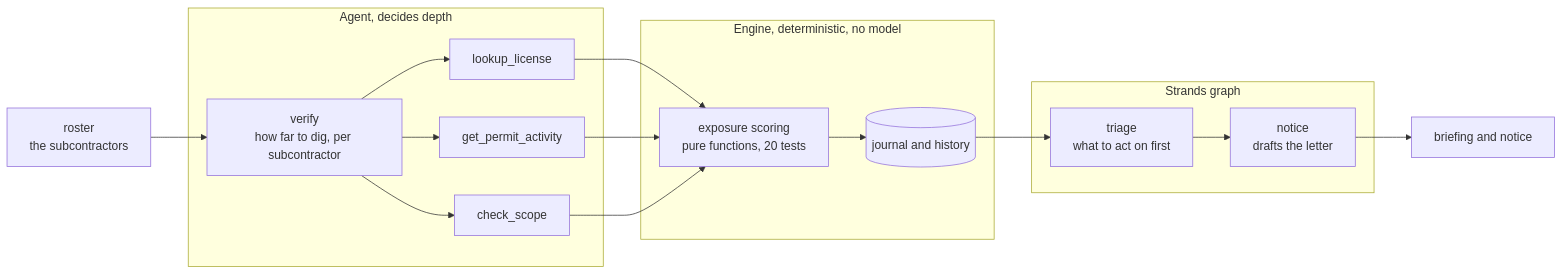
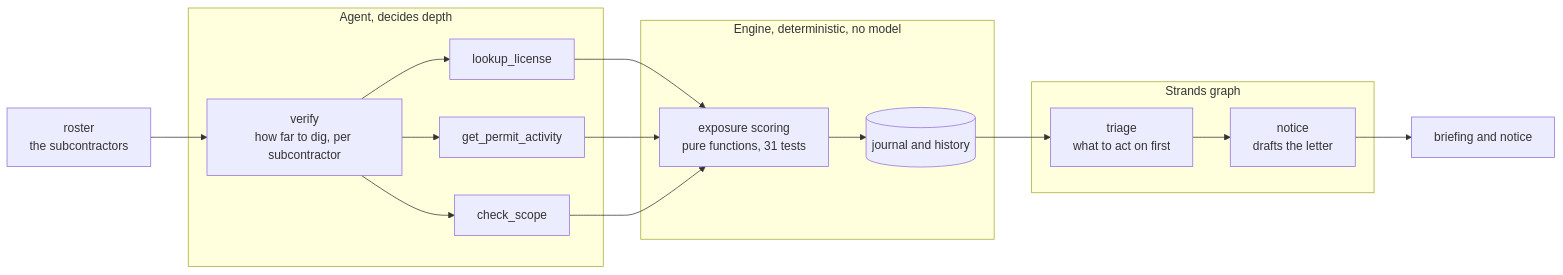
Before and after one commit to tomcode1000/Proto: the diagram in README.md, drawn with Mermaid. The commit also changed 1 other file, not shown here.

Commit message:
Correct the test count on the deck and in the README
Both said seventeen. The page tests took it to thirty one.

````diff
--- a/README.md
+++ b/README.md
@@ -56,28 +56,28 @@
 ```mermaid
 flowchart LR
     R[roster<br/>the subcontractors] --> V
 
     subgraph agent [Agent, decides depth]
         V[verify<br/>how far to dig, per subcontractor]
         V --> T1[lookup_license]
         V --> T2[get_permit_activity]
         V --> T3[check_scope]
     end
 
     T1 --> E
     T2 --> E
     T3 --> E
 
     subgraph engine [Engine, deterministic, no model]
-        E[exposure scoring<br/>pure functions, 20 tests]
+        E[exposure scoring<br/>pure functions, 31 tests]
         E --> J[(journal and history)]
     end
 
     J --> G
 
     subgraph graph [Strands graph]
         G[triage<br/>what to act on first] --> N[notice<br/>drafts the letter]
     end
 
     N --> O[briefing and notice]
 ```
````
